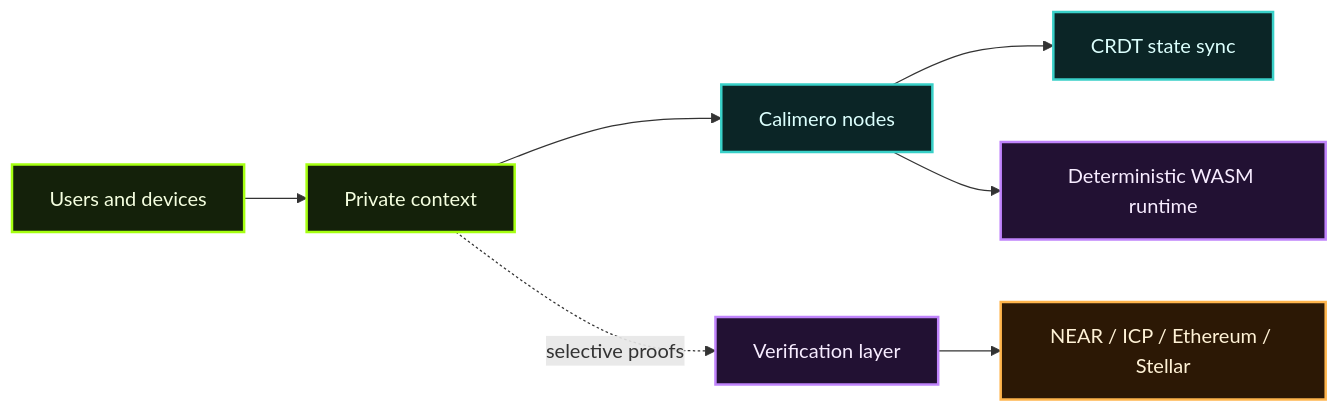
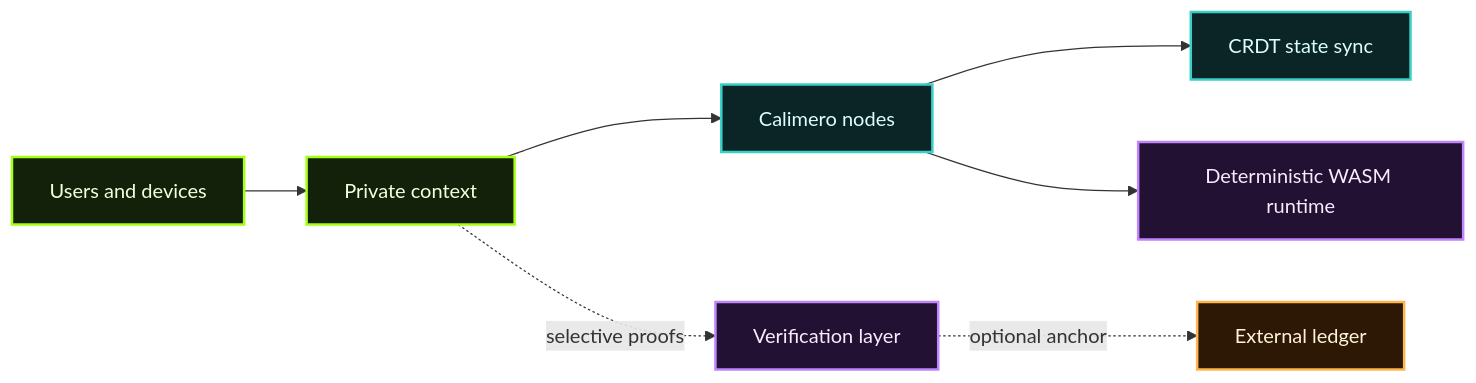
The diagram in src/content/docs/index.md (calimero-network/documentation), drawn with Mermaid before and after one commit. The commit also changed other lines of this file and 30 other files, not shown here.

````diff
--- a/src/content/docs/index.md
+++ b/src/content/docs/index.md
@@ -20,19 +32,19 @@
 ```mermaid
 flowchart LR
     U[Users and devices] --> C[Private context]
     C --> N[Calimero nodes]
     N --> S[CRDT state sync]
     N --> R[Deterministic WASM runtime]
     C -. selective proofs .-> V[Verification layer]
-    V --> B[NEAR / ICP / Ethereum / Stellar]
+    V -. optional anchor .-> B[External ledger]
 
     classDef lime fill:#14210a,stroke:#a5ff11,color:#f5ffe0,stroke-width:2px;
     classDef teal fill:#0b2526,stroke:#39d0c8,color:#dcfffd,stroke-width:2px;
     classDef purple fill:#221133,stroke:#c084fc,color:#f7ecff,stroke-width:2px;
     classDef orange fill:#2c1805,stroke:#ffb54d,color:#fff2d6,stroke-width:2px;
 
     class U,C lime;
     class N,S teal;
     class R,V purple;
     class B orange;
 ```
````
